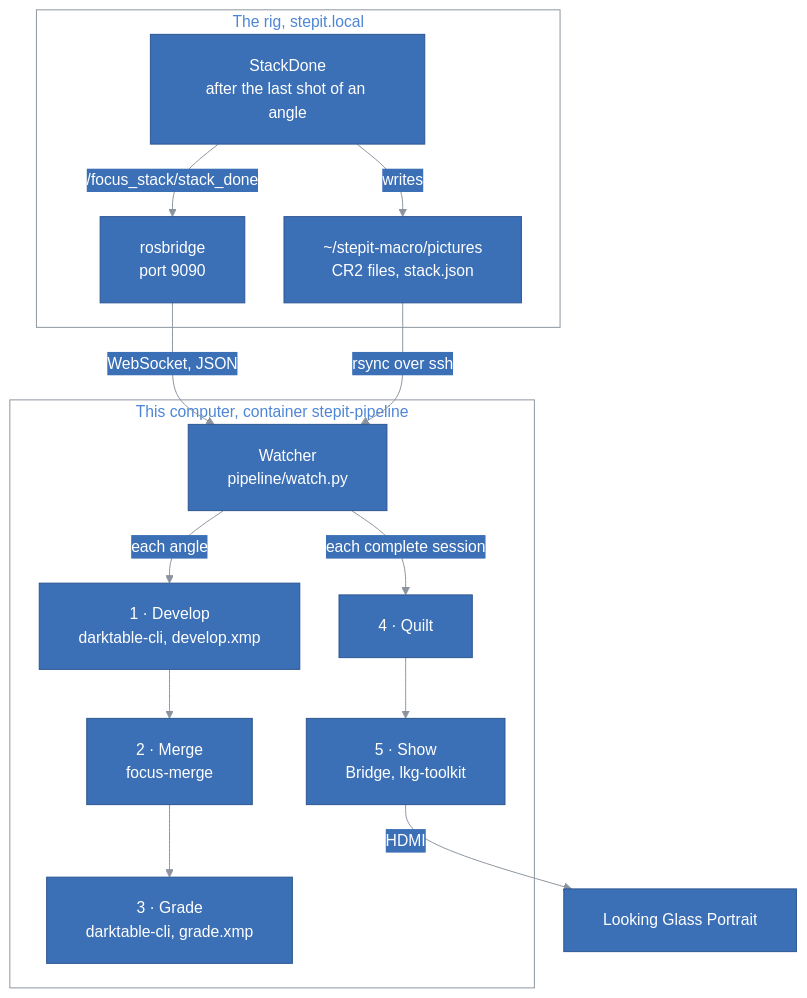
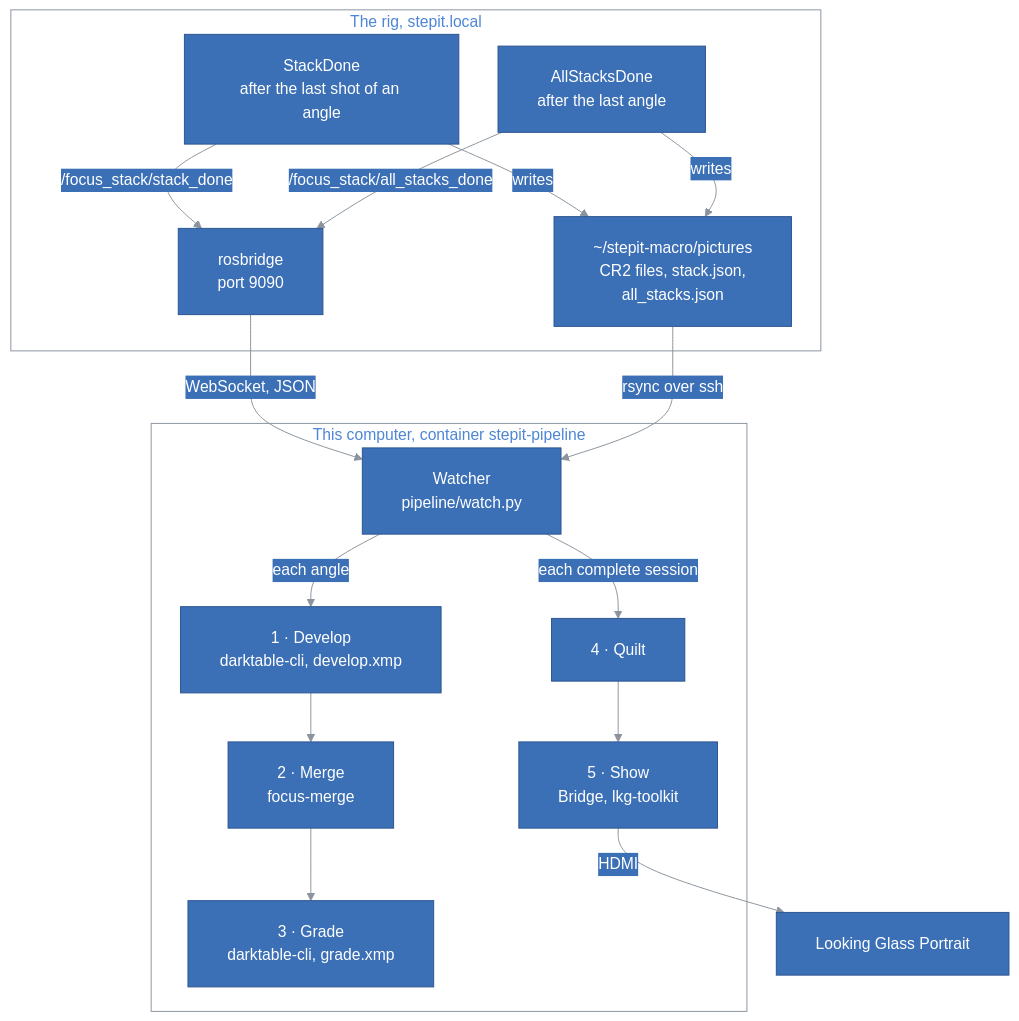
Before and after one commit to kineticsystem/stepit-stacker: the first of 2 diagrams in docs/ARCHITECTURE.md, drawn with Mermaid. The commit also changed other lines of this file and 5 other files, not shown here.

First line of the commit message:
Show a session when the rig says all its stacks are done

```diff
--- a/docs/ARCHITECTURE.md
+++ b/docs/ARCHITECTURE.md
@@ -88,10 +88,13 @@
 flowchart TB
     subgraph Rig["The rig, stepit.local"]
         StackDone["StackDone<br/>after the last shot of an angle"]
+        AllStacksDone["AllStacksDone<br/>after the last angle"]
         Rosbridge["rosbridge<br/>port 9090"]
-        RigPictures["~/stepit-macro/pictures<br/>CR2 files, stack.json"]
+        RigPictures["~/stepit-macro/pictures<br/>CR2 files, stack.json,<br/>all_stacks.json"]
         StackDone -- "/focus_stack/stack_done" --> Rosbridge
+        AllStacksDone -- "/focus_stack/all_stacks_done" --> Rosbridge
         StackDone -- "writes" --> RigPictures
+        AllStacksDone -- "writes" --> RigPictures
     end
     subgraph PC["This computer, container stepit-pipeline"]
         Watcher["Watcher<br/>pipeline/watch.py"]
```
